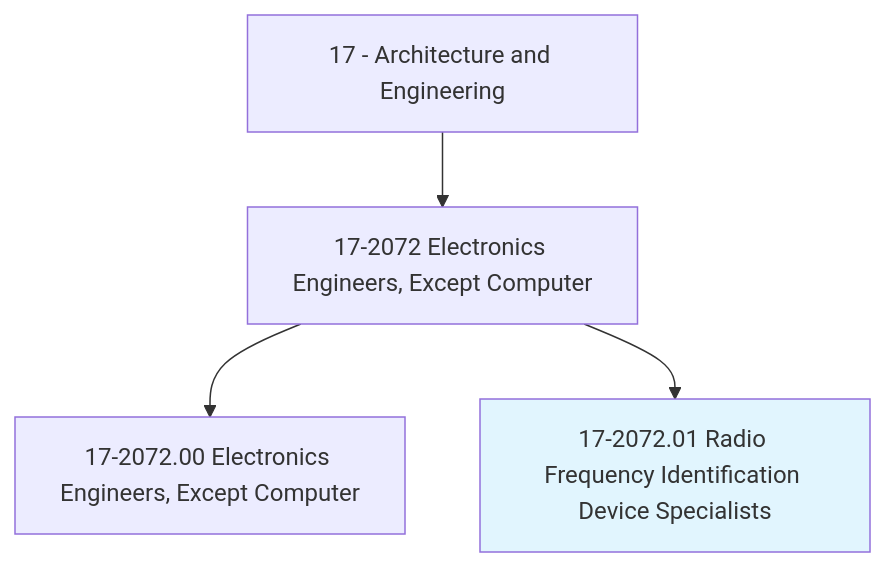
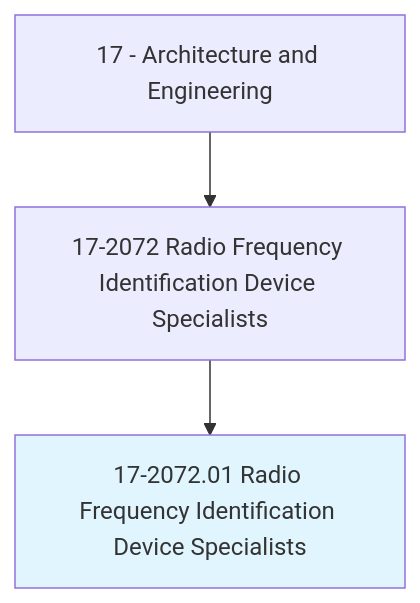
Before and after one commit to kziemski/business.org.ai: the first of 4 diagrams in occupations/Architecture/RadioFrequencyIdentificationDeviceSpecialists.mdx, drawn with Mermaid. The commit also changed other lines of this file and 938 other files, not shown here.

````diff
--- a/occupations/Architecture/RadioFrequencyIdentificationDeviceSpecialists.mdx
+++ b/occupations/Architecture/RadioFrequencyIdentificationDeviceSpecialists.mdx
@@ -19,7 +23,6 @@
 ```mermaid
 graph TD
-    Cat17["17 - Architecture and Engineering"] --> Group172072["17-2072 Electronics Engineers, Except Computer"]
-    Group172072 --> Base["17-2072.00 Electronics Engineers, Except Computer"]
+    Cat17["17 - Architecture and Engineering"] --> Group172072["17-2072 Radio Frequency Identification Device Specialists"]
     Group172072 --> Current["17-2072.01 Radio Frequency Identification Device Specialists"]
     style Current fill:#e1f5fe
 ```
````
